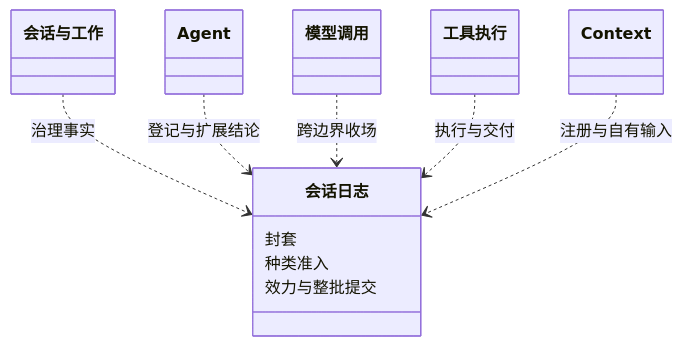
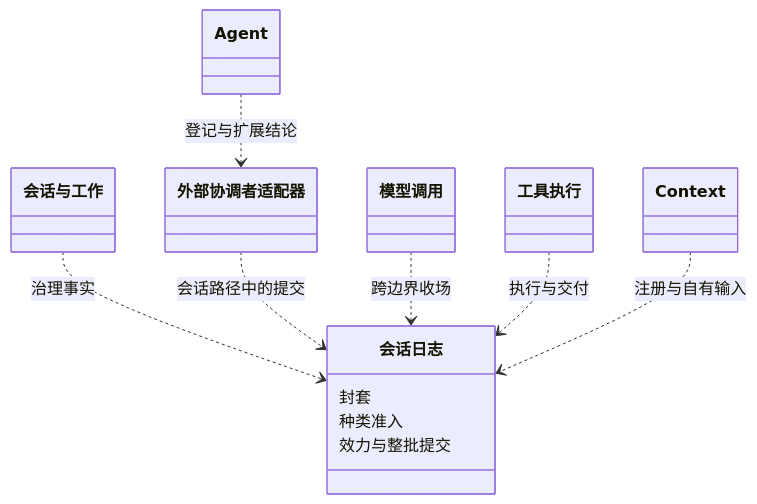
The third of 3 diagrams in docs/architecture/structure.md (nemori-ai/omne-harness-lite), drawn with Mermaid before and after one commit. The commit also changed 84 other files, not shown here.

````diff
--- a/docs/architecture/structure.md
+++ b/docs/architecture/structure.md
@@ -178,18 +178,20 @@
 ```mermaid
 classDiagram
   class SessionLog["会话日志"] {
     封套
     种类准入
     效力与整批提交
   }
   class SessionWork["会话与工作"]
   class Agent
+  class CoordinatorAdapter["外部协调者适配器"]
   class ModelCall["模型调用"]
   class ToolExec["工具执行"]
   class Context
   SessionWork ..> SessionLog : 治理事实
-  Agent ..> SessionLog : 登记与扩展结论
+  Agent ..> CoordinatorAdapter : 登记与扩展结论
+  CoordinatorAdapter ..> SessionLog : 会话路径中的提交
   ModelCall ..> SessionLog : 跨边界收场
   ToolExec ..> SessionLog : 执行与交付
   Context ..> SessionLog : 注册与自有输入
 ```
````
